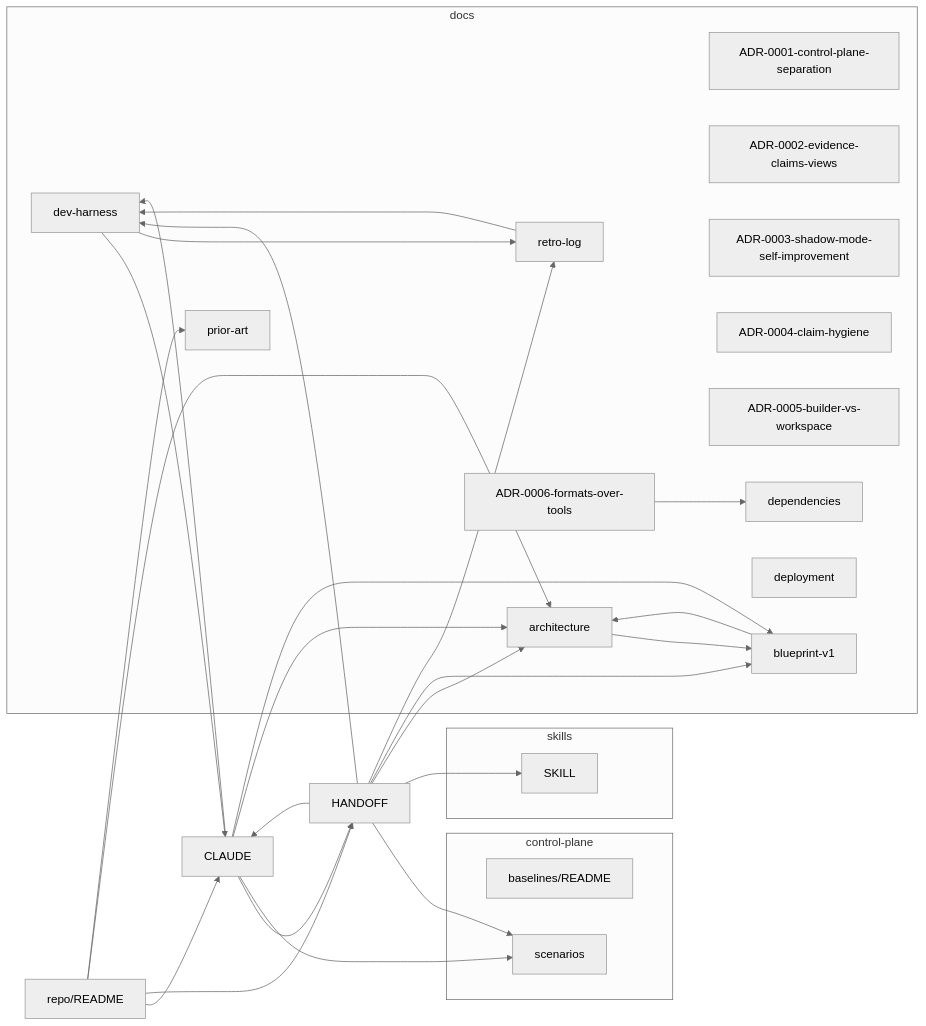
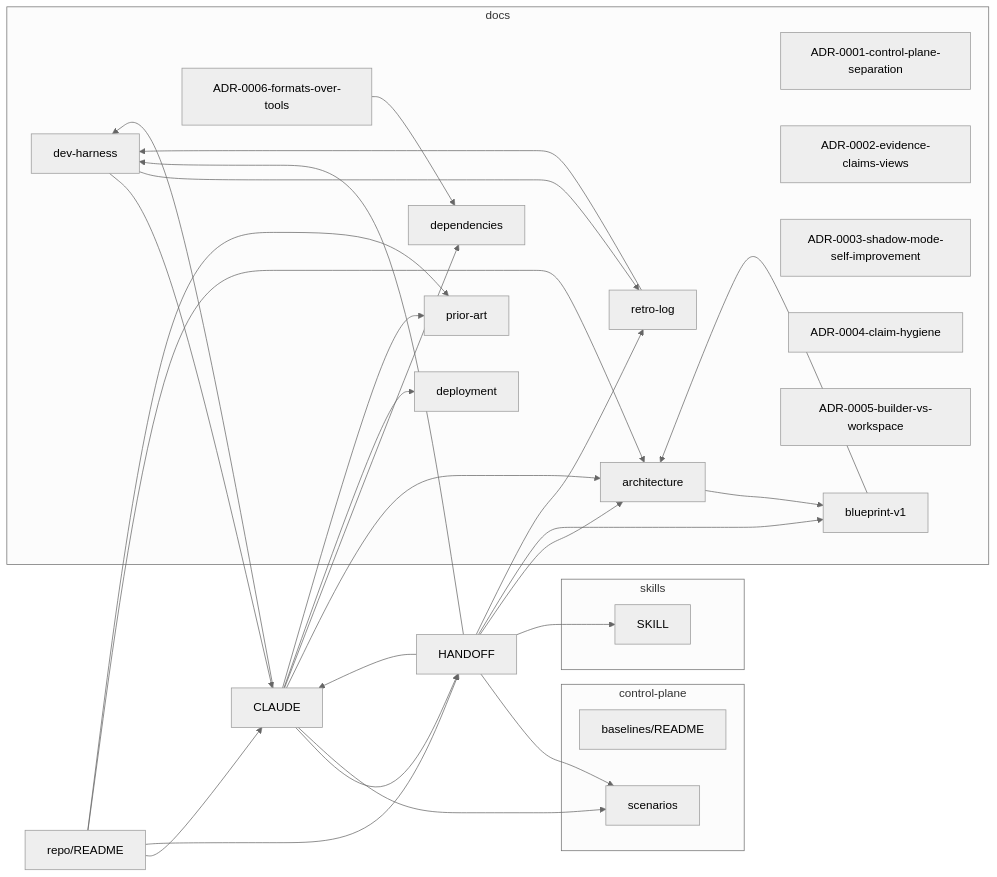
The diagram in docs/mindmap.md (boulaajaj/ai-mise), drawn with Mermaid (neutral theme) before and after one commit. The commit also changed other lines of this file and 4 other files, not shown here.

Commit message:
meta: PR-only flow — protect main, PR = proposal, merge = approval (#19)

````diff
--- a/docs/mindmap.md
+++ b/docs/mindmap.md
@@ -7,50 +7,52 @@
 ```mermaid
 graph LR
   subgraph control_plane_g[control-plane]
     control_plane_evaluation_baselines_README_md["baselines/README"]
     control_plane_threat_tests_scenarios_md["scenarios"]
   end
   subgraph docs_g[docs]
     docs_architecture_md["architecture"]
     docs_decisions_ADR_0001_control_plane_separation_md["ADR-0001-control-plane-separation"]
     docs_decisions_ADR_0002_evidence_claims_views_md["ADR-0002-evidence-claims-views"]
     docs_decisions_ADR_0003_shadow_mode_self_improvement_md["ADR-0003-shadow-mode-self-improvement"]
     docs_decisions_ADR_0004_claim_hygiene_md["ADR-0004-claim-hygiene"]
     docs_decisions_ADR_0005_builder_vs_workspace_md["ADR-0005-builder-vs-workspace"]
     docs_decisions_ADR_0006_formats_over_tools_md["ADR-0006-formats-over-tools"]
     docs_dependencies_md["dependencies"]
     docs_deployment_md["deployment"]
     docs_history_blueprint_v1_md["blueprint-v1"]
     docs_meta_dev_harness_md["dev-harness"]
     docs_meta_retro_log_md["retro-log"]
     docs_prior_art_md["prior-art"]
   end
   CLAUDE_md["CLAUDE"]
   HANDOFF_md["HANDOFF"]
   README_md["repo/README"]
   subgraph skills_g[skills]
     skills_inspector_SKILL_md["SKILL"]
   end
   CLAUDE_md --> HANDOFF_md
   CLAUDE_md --> control_plane_threat_tests_scenarios_md
   CLAUDE_md --> docs_architecture_md
-  CLAUDE_md --> docs_history_blueprint_v1_md
+  CLAUDE_md --> docs_dependencies_md
+  CLAUDE_md --> docs_deployment_md
   CLAUDE_md --> docs_meta_dev_harness_md
+  CLAUDE_md --> docs_prior_art_md
   HANDOFF_md --> CLAUDE_md
   HANDOFF_md --> control_plane_threat_tests_scenarios_md
   HANDOFF_md --> docs_architecture_md
   HANDOFF_md --> docs_history_blueprint_v1_md
   HANDOFF_md --> docs_meta_dev_harness_md
   HANDOFF_md --> docs_meta_retro_log_md
   HANDOFF_md --> skills_inspector_SKILL_md
   README_md --> CLAUDE_md
   README_md --> HANDOFF_md
   README_md --> docs_architecture_md
   README_md --> docs_prior_art_md
   docs_architecture_md --> docs_history_blueprint_v1_md
   docs_decisions_ADR_0006_formats_over_tools_md --> docs_dependencies_md
   docs_history_blueprint_v1_md --> docs_architecture_md
   docs_meta_dev_harness_md --> CLAUDE_md
   docs_meta_dev_harness_md --> docs_meta_retro_log_md
   docs_meta_retro_log_md --> docs_meta_dev_harness_md
 ```
````
